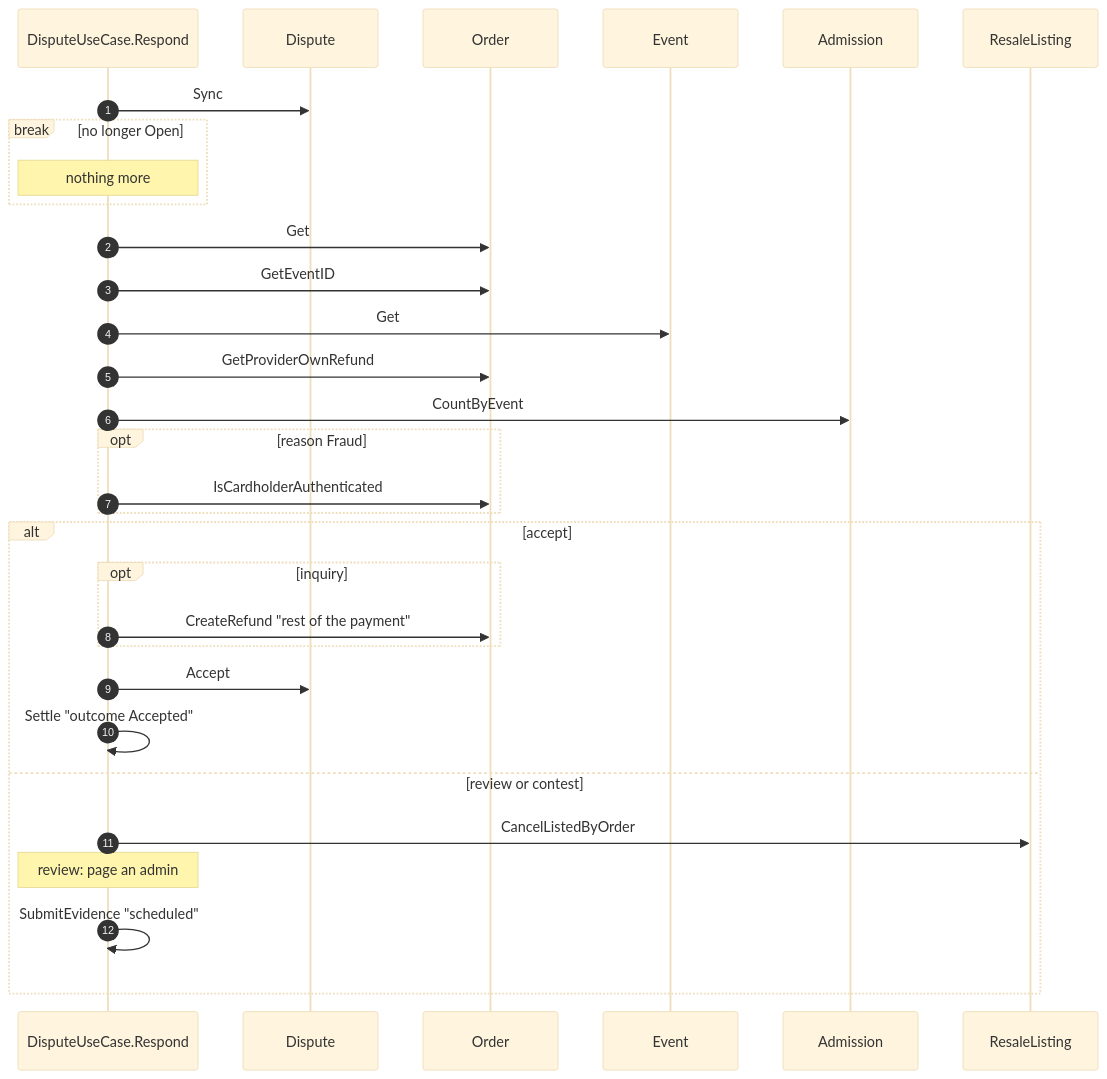
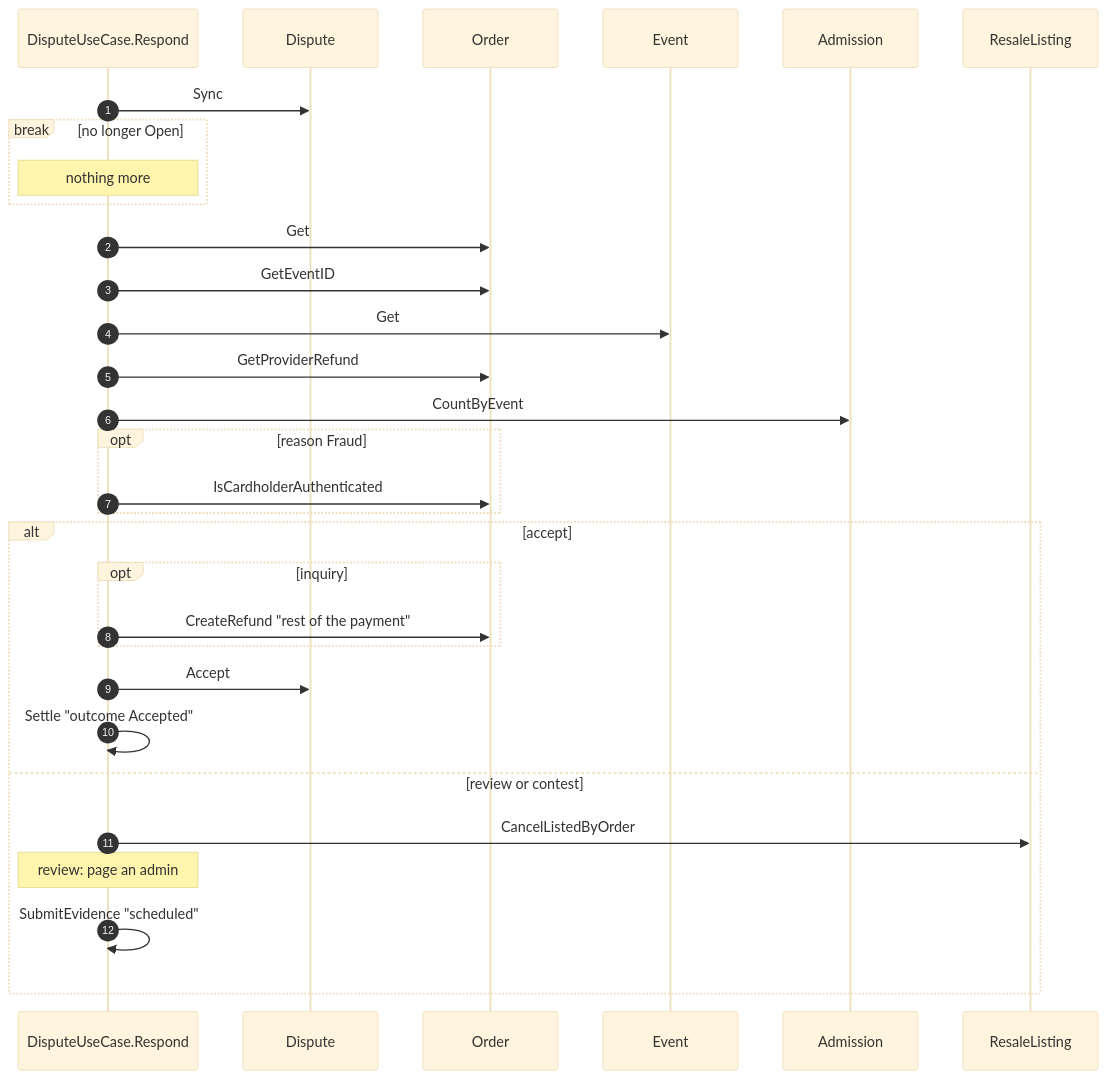
Before and after one commit to liverty-music/specification: the diagram in openspec/changes/contest-disputes-and-serialize-payouts/specs/components/usecase/dispute/respond/spec.md, drawn with Mermaid (base theme). The commit also changed other lines of this file and 7 other files, not shown here.

````diff
--- a/openspec/changes/contest-disputes-and-serialize-payouts/specs/components/usecase/dispute/respond/spec.md
+++ b/openspec/changes/contest-disputes-and-serialize-payouts/specs/components/usecase/dispute/respond/spec.md
@@ -7,33 +7,33 @@
 ```mermaid
 sequenceDiagram
 autonumber
 participant UC as DisputeUseCase.Respond
 participant Dispute
 participant Order
 participant Event
 participant Admission
 participant ResaleListing
 UC->>Dispute: Sync
 break no longer Open
   Note over UC: nothing more
 end
 UC->>Order: Get
 UC->>Order: GetEventID
 UC->>Event: Get
-UC->>Order: GetProviderOwnRefund
+UC->>Order: GetProviderRefund
 UC->>Admission: CountByEvent
 opt reason Fraud
   UC->>Order: IsCardholderAuthenticated
 end
 alt accept
   opt inquiry
     UC->>Order: CreateRefund "rest of the payment"
   end
   UC->>Dispute: Accept
   UC->>UC: Settle "outcome Accepted"
 else review or contest
   UC->>ResaleListing: CancelListedByOrder
   Note over UC: review: page an admin
   UC->>UC: SubmitEvidence "scheduled"
 end
 ```
````
